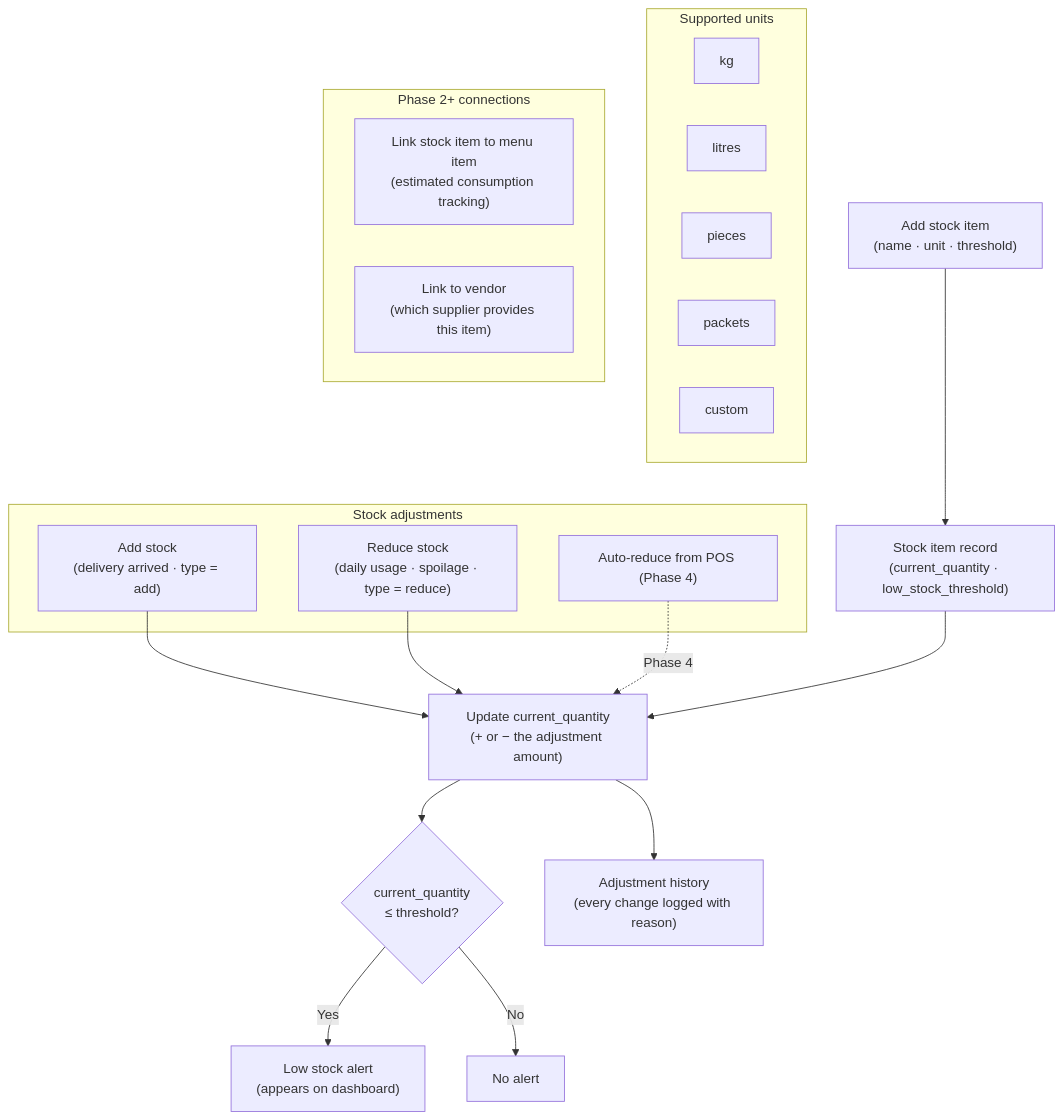
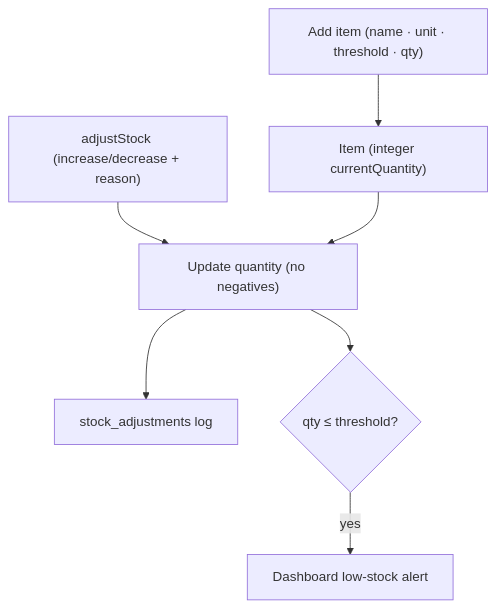
The tenth of 14 diagrams in Documentations/MODULE-MAPS.md (AbhishekS-381/Sree-Vaishnaves-Management), drawn with Mermaid before and after one commit. The commit also changed other lines of this file and 33 other files, not shown here.

````diff
--- a/Documentations/MODULE-MAPS.md
+++ b/Documentations/MODULE-MAPS.md
@@ -483,36 +249,12 @@
 ```mermaid
 flowchart TD
-  ADD_ITEM["Add stock item\n(name · unit · threshold)"]
-  ITEM["Stock item record\n(current_quantity · low_stock_threshold)"]
-  ADD_ITEM --> ITEM
-
-  subgraph ADJUST["Stock adjustments"]
-    ADJ_IN["Add stock\n(delivery arrived · type = add)"]
-    ADJ_OUT["Reduce stock\n(daily usage · spoilage · type = reduce)"]
-    ADJ_POS["Auto-reduce from POS (Phase 4)"]
-  end
-
-  ADJ_IN --> UPDATE["Update current_quantity\n(+ or − the adjustment amount)"]
-  ADJ_OUT --> UPDATE
-  ADJ_POS -.->|Phase 4| UPDATE
+  ADD["Add item (name · unit · threshold · qty)"]
+  ITEM["Item (integer currentQuantity)"]
+  ADD --> ITEM
+  ADJ["adjustStock (increase/decrease + reason)"]
+  ADJ --> UPDATE["Update quantity (no negatives)"]
   ITEM --> UPDATE
-
-  UPDATE --> CHECK{"current_quantity\n≤ threshold?"}
-  CHECK -->|Yes| ALERT["Low stock alert\n(appears on dashboard)"]
-  CHECK -->|No| OK["No alert"]
-
-  UPDATE --> HISTORY["Adjustment history\n(every change logged with reason)"]
-
-  subgraph UNITS["Supported units"]
-    U1["kg"]
-    U2["litres"]
-    U3["pieces"]
-    U4["packets"]
-    U5["custom"]
-  end
-
-  subgraph LINKS["Phase 2+ connections"]
-    LK1["Link stock item to menu item\n(estimated consumption tracking)"]
-    LK2["Link to vendor\n(which supplier provides this item)"]
-  end
+  UPDATE --> LOG["stock_adjustments log"]
+  UPDATE --> CHK{"qty ≤ threshold?"}
+  CHK -->|yes| ALERT["Dashboard low-stock alert"]
 ```
````
